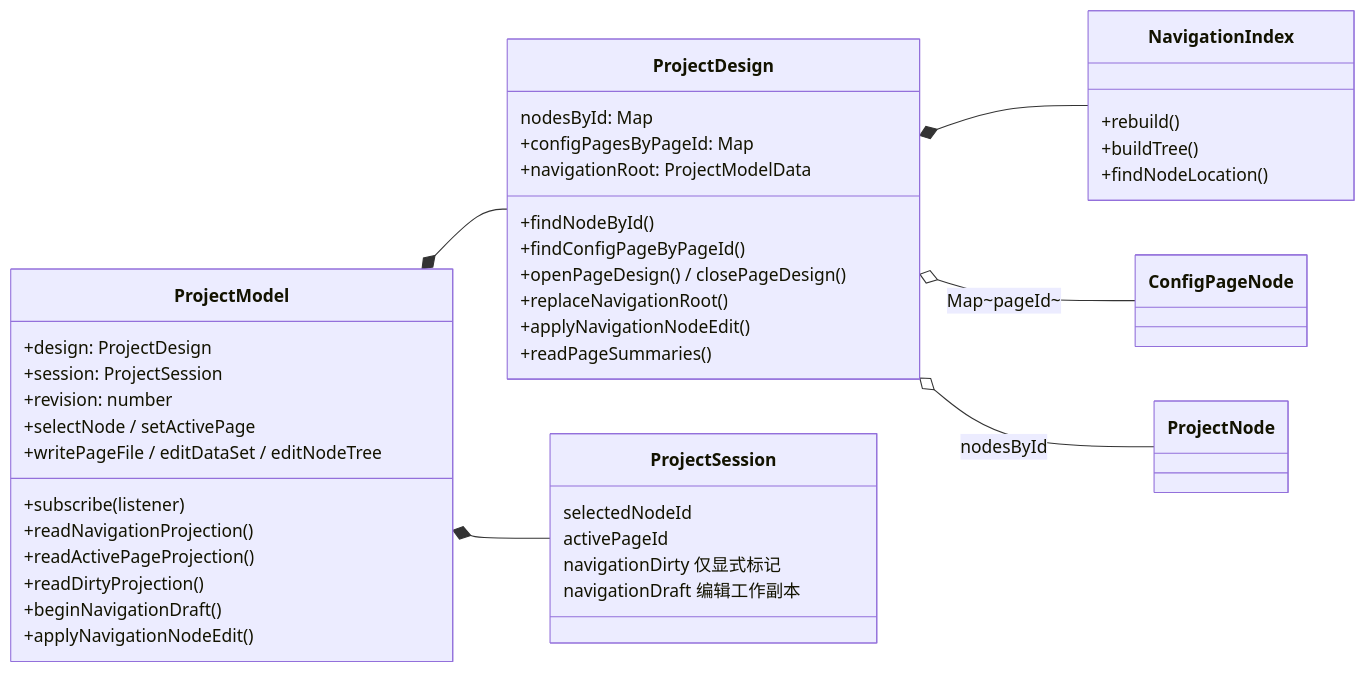
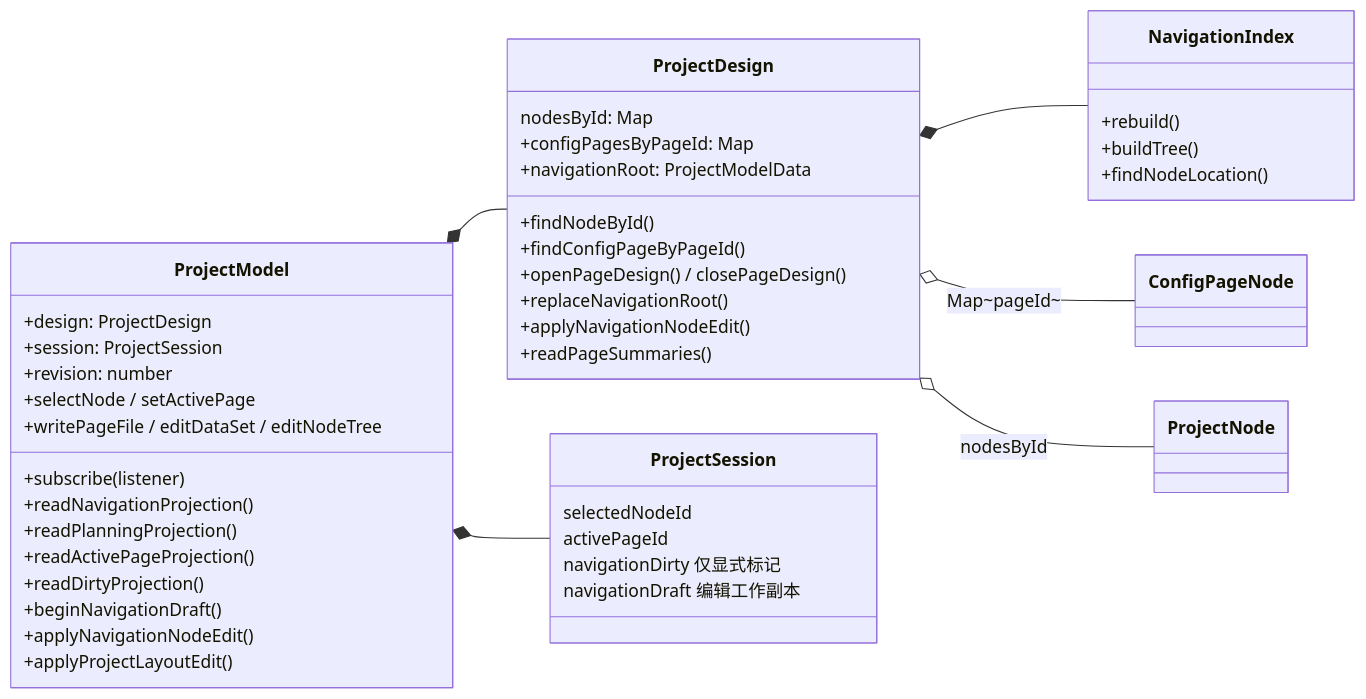
The second of 5 diagrams in packages/spark-project-model/src/MODEL-HIERARCHY.md (LMSpark/spark-view-vue), drawn with Mermaid before and after one commit. The commit also changed other lines of this file and 2 other files, not shown here.

First line of the commit message:
docs(spark-project-model): document five-layer model and planning projection

````diff
--- a/packages/spark-project-model/src/MODEL-HIERARCHY.md
+++ b/packages/spark-project-model/src/MODEL-HIERARCHY.md
@@ -94,49 +150,51 @@
 ```mermaid
 classDiagram
   direction LR
 
   class ProjectModel {
     +design: ProjectDesign
     +session: ProjectSession
     +revision: number
     +subscribe(listener)
     +readNavigationProjection()
+    +readPlanningProjection()
     +readActivePageProjection()
     +readDirtyProjection()
     +selectNode / setActivePage
     +beginNavigationDraft()
     +applyNavigationNodeEdit()
+    +applyProjectLayoutEdit()
     +writePageFile / editDataSet / editNodeTree
   }
 
   class ProjectDesign {
     nodesById: Map
     +configPagesByPageId: Map
     +navigationRoot: ProjectModelData
     +findNodeById()
     +findConfigPageByPageId()
     +openPageDesign() / closePageDesign()
     +replaceNavigationRoot()
     +applyNavigationNodeEdit()
     +readPageSummaries()
   }
 
   class NavigationIndex {
     +rebuild()
     +buildTree()
     +findNodeLocation()
   }
 
   class ProjectSession {
     selectedNodeId
     activePageId
     navigationDirty 仅显式标记
     navigationDraft  编辑工作副本
   }
 
   ProjectModel *-- ProjectDesign
   ProjectModel *-- ProjectSession
   ProjectDesign *-- NavigationIndex
   ProjectDesign o-- ConfigPageNode : Map~pageId~
   ProjectDesign o-- ProjectNode : nodesById
 ```
````
